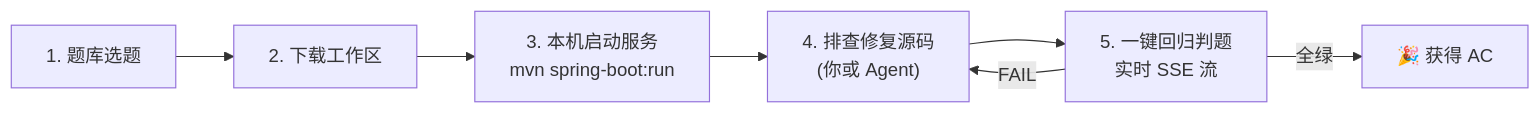
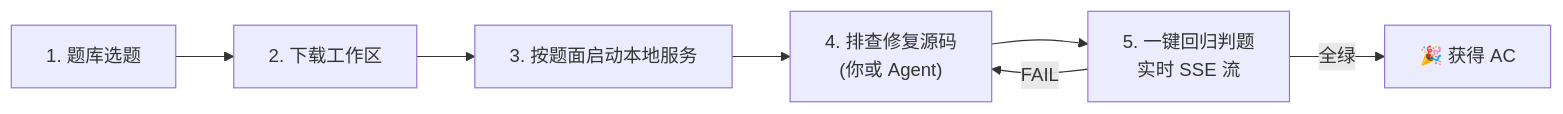
One commit to HHHHH-GIT/ShiShan_HOT100 changed the diagram in README.md. Above: the diagram before and after it, drawn with Mermaid. The commit also changed other lines of this file and 181 other files, not shown here.

````diff
--- a/README.md
+++ b/README.md
@@ -101,9 +104,9 @@
 ```mermaid
 flowchart LR
     A["1. 题库选题"] --> B["2. 下载工作区"]
-    B --> C["3. 本机启动服务\nmvn spring-boot:run"]
+    B --> C["3. 按题面启动本地服务"]
     C --> D["4. 排查修复源码\n(你或 Agent)"]
     D --> E["5. 一键回归判题\n实时 SSE 流"]
     E -->|FAIL| D
     E -->|全绿| F["🎉 获得 AC"]
 ```
````
